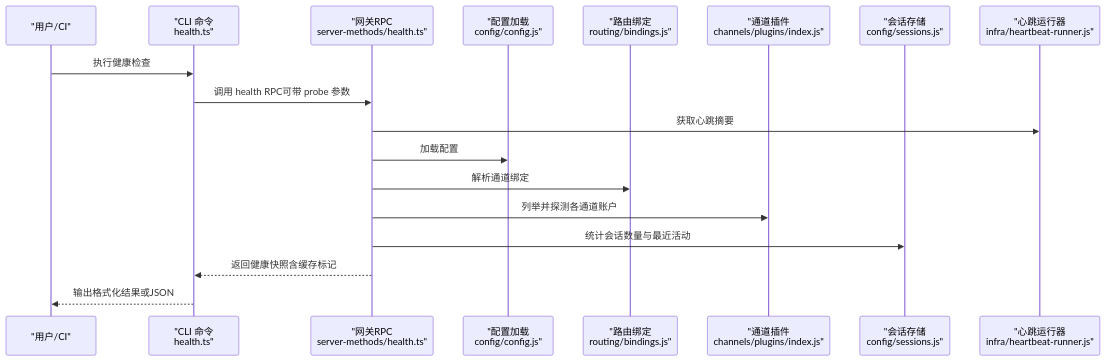
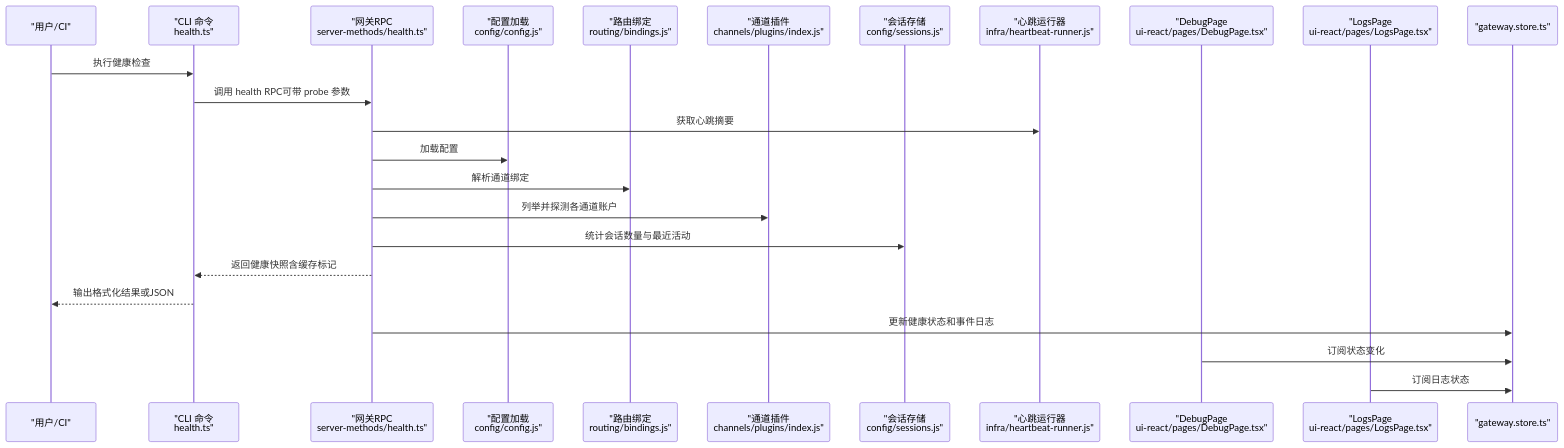
The second of 6 diagrams in .qoder/repowiki/zh/content/网关服务器/监控与诊断.md (verse-ai-org/openclaw), drawn with Mermaid before and after one commit. The commit also changed other lines of this file and 46 other files, not shown here.

````diff
--- a/.qoder/repowiki/zh/content/网关服务器/监控与诊断.md
+++ b/.qoder/repowiki/zh/content/网关服务器/监控与诊断.md
@@ -139,20 +209,26 @@
 ```mermaid
 sequenceDiagram
 participant User as "用户/CI"
 participant CLI as "CLI 命令<br/>health.ts"
 participant GW as "网关RPC<br/>server-methods/health.ts"
 participant Cfg as "配置加载<br/>config/config.js"
 participant Bind as "路由绑定<br/>routing/bindings.js"
 participant Plg as "通道插件<br/>channels/plugins/index.js"
 participant Sess as "会话存储<br/>config/sessions.js"
 participant HB as "心跳运行器<br/>infra/heartbeat-runner.js"
+participant DebugUI as "DebugPage<br/>ui-react/pages/DebugPage.tsx"
+participant LogsUI as "LogsPage<br/>ui-react/pages/LogsPage.tsx"
+participant GatewayStore as "gateway.store.ts"
 User->>CLI : 执行健康检查
 CLI->>GW : 调用 health RPC可带 probe 参数
 GW->>HB : 获取心跳摘要
 GW->>Cfg : 加载配置
 GW->>Bind : 解析通道绑定
 GW->>Plg : 列举并探测各通道账户
 GW->>Sess : 统计会话数量与最近活动
 GW-->>CLI : 返回健康快照含缓存标记
 CLI-->>User : 输出格式化结果或JSON
+GW->>GatewayStore : 更新健康状态和事件日志
+DebugUI->>GatewayStore : 订阅状态变化
+LogsUI->>GatewayStore : 订阅日志状态
 ```
````
